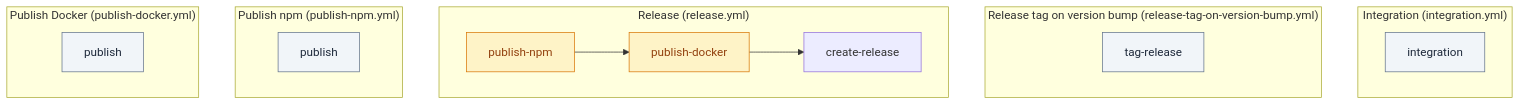
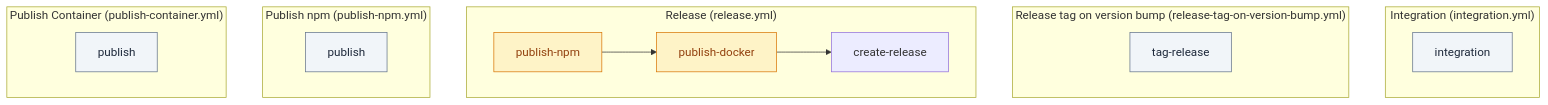
One commit to debian777/kairos-mcp changed the second of 3 diagrams in .github/workflows/README.md. Above: the diagram before and after it, drawn with Mermaid. The commit also changed other lines of this file and 2 other files, not shown here.

First line of the commit message:
feat(ci): publish container to Quay and rename workflow to publish-container

````diff
--- a/.github/workflows/README.md
+++ b/.github/workflows/README.md
@@ -52,30 +53,30 @@
 ```mermaid
 flowchart TB
   subgraph INT_WF["Integration (integration.yml)"]
     J_INT[integration]
   end
 
   subgraph RTAG_WF["Release tag on version bump (release-tag-on-version-bump.yml)"]
     J_TAG[tag-release]
   end
 
   subgraph REL_WF["Release (release.yml)"]
     J_NPM[publish-npm]
     J_DOCKER[publish-docker]
     J_REL[create-release]
     J_NPM --> J_DOCKER --> J_REL
   end
 
   subgraph PNPM_WF["Publish npm (publish-npm.yml)"]
     J_PNPM[publish]
   end
 
-  subgraph PDOCK_WF["Publish Docker (publish-docker.yml)"]
-    J_PDOCK[publish]
+  subgraph PCONT_WF["Publish Container (publish-container.yml)"]
+    J_PCONT[publish]
   end
 
   classDef jobDefault fill:#f1f5f9,stroke:#64748b,color:#1e293b
   classDef jobNeeds fill:#fef3c7,stroke:#d97706,color:#92400e
-  class J_INT,J_TAG,J_PNPM,J_PDOCK jobDefault
+  class J_INT,J_TAG,J_PNPM,J_PCONT jobDefault
   class J_NPM,J_DOCKER jobNeeds
 ```
````
